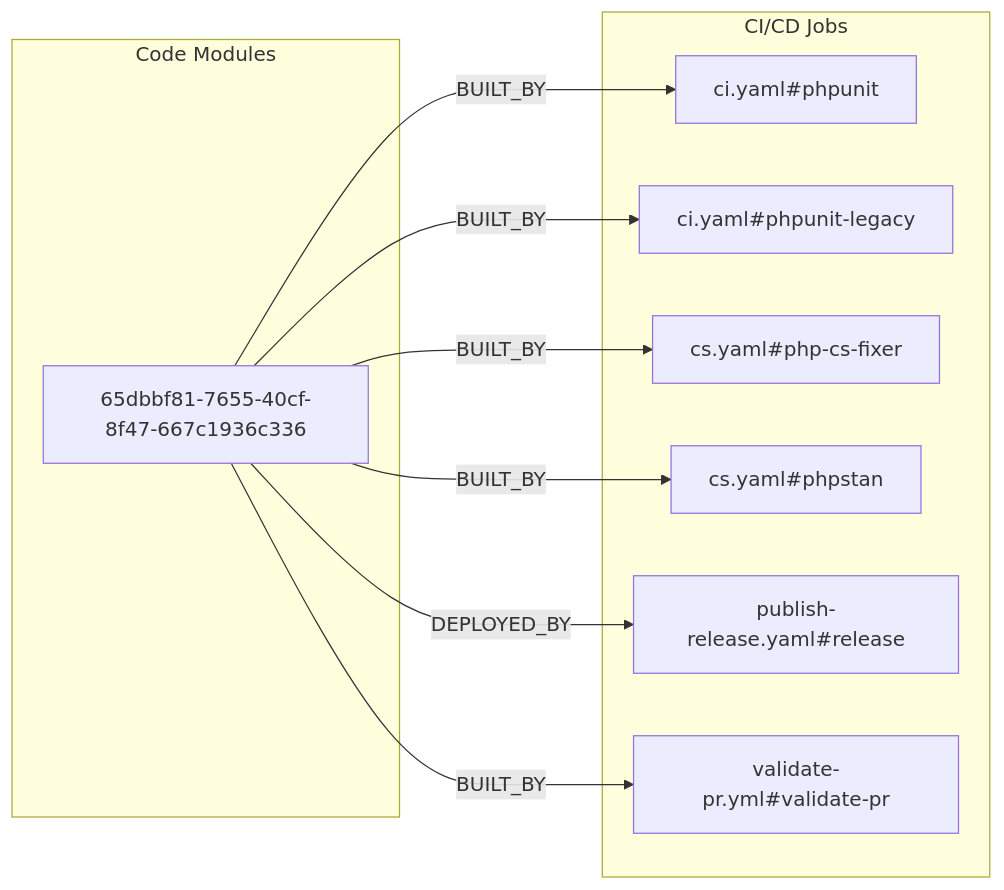
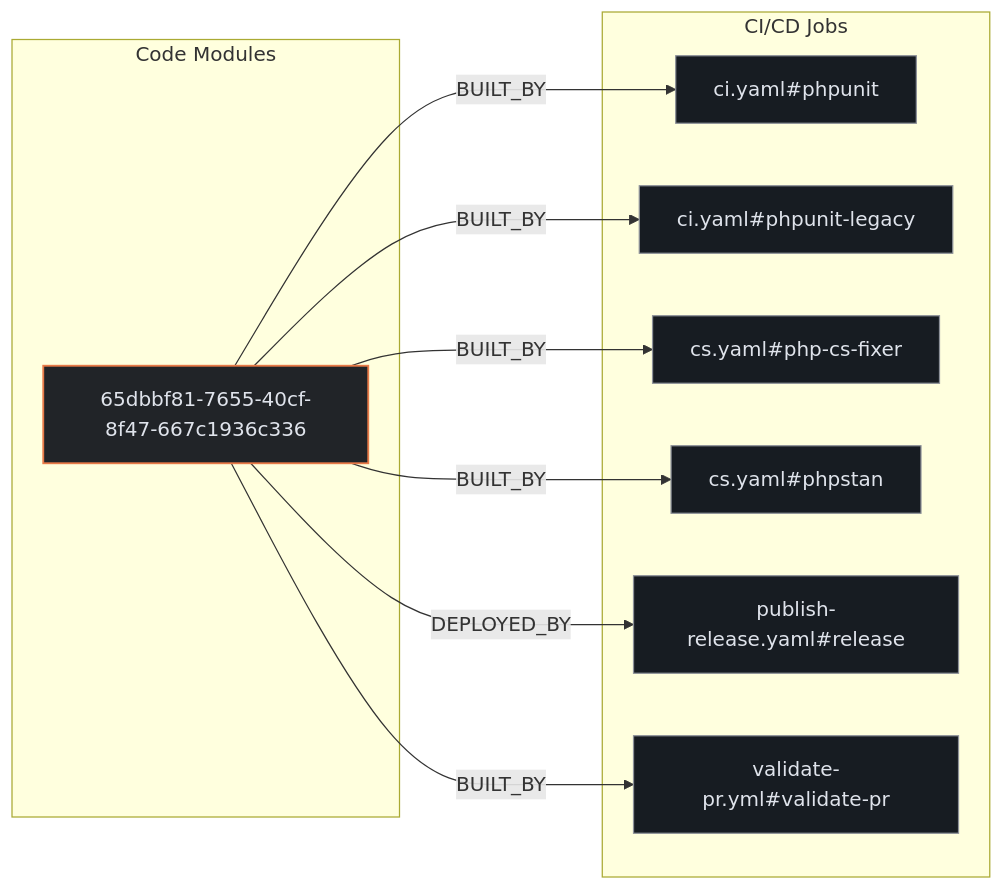
One commit to kumarshaz/atruss-code-atlas changed the second of 3 diagrams in exports/latest/reports/getsentry-sentry-laravel-report.md. Above: the diagram before and after it, drawn with Mermaid. The commit also changed other lines of this file and 331 other files, not shown here.

Commit message:
docs,ui,fix: update SDLC docs, reorder CI/CD DAG first, stylize Mermaid, and fix Arc42 pipeline topology

````diff
--- a/exports/latest/reports/getsentry-sentry-laravel-report.md
+++ b/exports/latest/reports/getsentry-sentry-laravel-report.md
@@ -181,20 +188,24 @@
 ```mermaid
 flowchart LR
+    classDef atlasCategory fill:#212428,stroke:#E87A48,stroke-width:1.5px,color:#dfe3eb
+    classDef atlasWorkflow fill:#1b2026,stroke:#a3c9ff,stroke-width:1.5px,color:#dfe3eb
+    classDef atlasJob fill:#171c22,stroke:#8d9199,stroke-width:1px,color:#dfe3eb
+    classDef atlasTarget fill:#005227,stroke:#8bd99b,stroke-width:1.5px,color:#a7f6b6
     subgraph code_modules["Code Modules"]
-        mod_65dbbf81_7655_40cf_8f47_667c1936c336["65dbbf81-7655-40cf-8f47-667c1936c336"]
+        mod_65dbbf81_7655_40cf_8f47_667c1936c336["65dbbf81-7655-40cf-8f47-667c1936c336"]:::atlasCategory
     end
     subgraph ci_jobs["CI/CD Jobs"]
-        job_ci_yaml_phpunit["ci.yaml#phpunit"]
-        job_ci_yaml_phpunit_legacy["ci.yaml#phpunit-legacy"]
-        job_cs_yaml_php_cs_fixer["cs.yaml#php-cs-fixer"]
-        job_cs_yaml_phpstan["cs.yaml#phpstan"]
-        job_publish_release_yaml_release["publish-release.yaml#release"]
-        job_validate_pr_yml_validate_pr["validate-pr.yml#validate-pr"]
+        job_ci_yaml_phpunit["ci.yaml#phpunit"]:::atlasJob
+        job_ci_yaml_phpunit_legacy["ci.yaml#phpunit-legacy"]:::atlasJob
+        job_cs_yaml_php_cs_fixer["cs.yaml#php-cs-fixer"]:::atlasJob
+        job_cs_yaml_phpstan["cs.yaml#phpstan"]:::atlasJob
+        job_publish_release_yaml_release["publish-release.yaml#release"]:::atlasJob
+        job_validate_pr_yml_validate_pr["validate-pr.yml#validate-pr"]:::atlasJob
     end
     mod_65dbbf81_7655_40cf_8f47_667c1936c336 -->|BUILT_BY| job_ci_yaml_phpunit
     mod_65dbbf81_7655_40cf_8f47_667c1936c336 -->|BUILT_BY| job_ci_yaml_phpunit_legacy
     mod_65dbbf81_7655_40cf_8f47_667c1936c336 -->|BUILT_BY| job_cs_yaml_php_cs_fixer
     mod_65dbbf81_7655_40cf_8f47_667c1936c336 -->|BUILT_BY| job_cs_yaml_phpstan
     mod_65dbbf81_7655_40cf_8f47_667c1936c336 -->|BUILT_BY| job_validate_pr_yml_validate_pr
     mod_65dbbf81_7655_40cf_8f47_667c1936c336 -->|DEPLOYED_BY| job_publish_release_yaml_release
 ```
````
